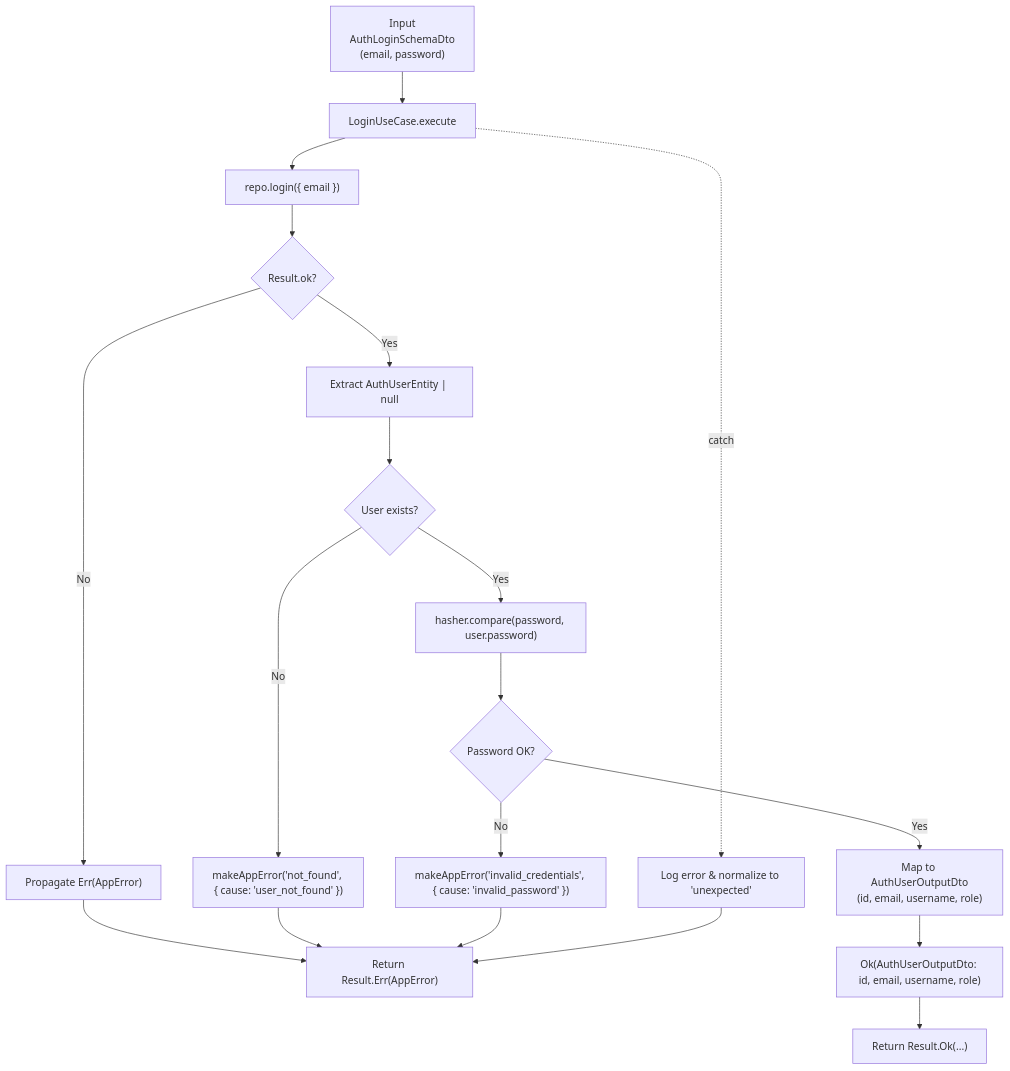
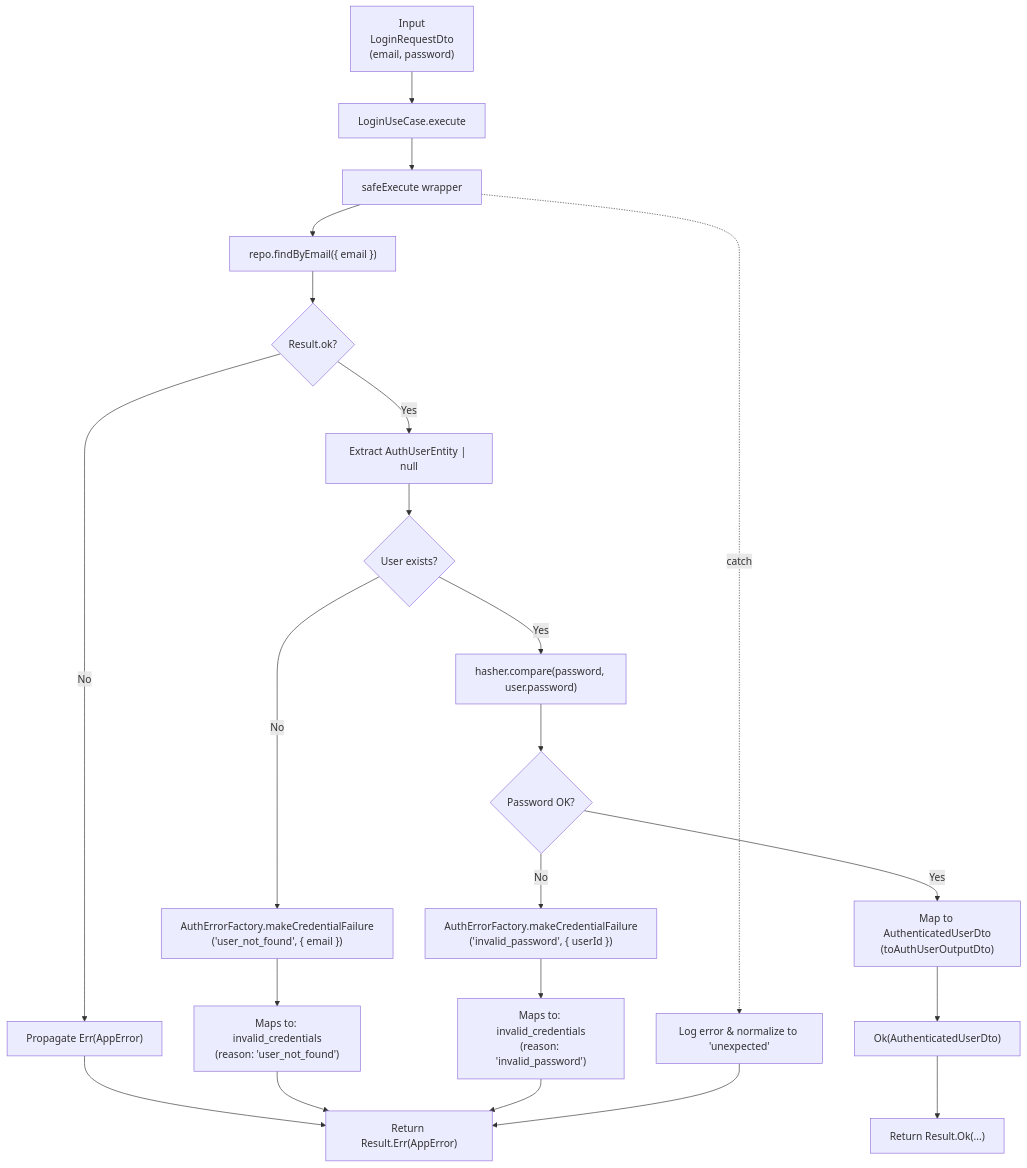
The third of 6 diagrams in src/modules/auth/notes/flowcharts.md (andrewpetersondev/nextjs-dashboard), drawn with Mermaid before and after one commit. The commit also changed other lines of this file and 1 other file, not shown here.

Commit message:
docs: update flowcharts and sequence diagrams for login workflow and session establishment, enhancing clarity and anti-enumeration logic

````diff
--- a/src/modules/auth/notes/flowcharts.md
+++ b/src/modules/auth/notes/flowcharts.md
@@ -95,46 +89,51 @@
 ```mermaid
 flowchart TD
 %% Inputs
-  A["Input<br/>AuthLoginSchemaDto<br/>(email, password)"] --> B[LoginUseCase.execute]
+  A["Input<br/>LoginRequestDto<br/>(email, password)"] --> B[LoginUseCase.execute]
+
+%% Wrapper
+  B --> B1["safeExecute wrapper"]
 
 %% Repository Call
-  B --> C["repo.login({ email })"]
+  B1 --> C["repo.findByEmail({ email })"]
 
 %% Repo Result Decision
   C --> D{Result.ok?}
 
 %% Repo Error Propagation
   D -->|No| E["Propagate Err(AppError)"]
   E --> Z["Return Result.Err(AppError)"]
 
 %% Repo Success path
   D -->|Yes| F["Extract AuthUserEntity | null"]
 
 %% User existence decision
   F --> G{User exists?}
 
-%% Not Found Path
-  G -->|No| H["makeAppError('not_found', { cause: 'user_not_found' })"]
-  H --> Z
+%% Not Found Path - Anti-Enumeration
+  G -->|No| H["AuthErrorFactory.makeCredentialFailure<br/>('user_not_found', { email })"]
+  H --> H1["Maps to: invalid_credentials<br/>(reason: 'user_not_found')"]
+  H1 --> Z
 
 %% Password Verification
   G -->|Yes| I["hasher.compare(password, user.password)"]
 
 %% Password Decision
   I --> J{Password OK?}
 
-%% Invalid Credentials Path
-  J -->|No| K["makeAppError('invalid_credentials', { cause: 'invalid_password' })"]
-  K --> Z
+%% Invalid Credentials Path - Anti-Enumeration
+  J -->|No| K["AuthErrorFactory.makeCredentialFailure<br/>('invalid_password', { userId })"]
+  K --> K1["Maps to: invalid_credentials<br/>(reason: 'invalid_password')"]
+  K1 --> Z
 
 %% Success Path
-  J -->|Yes| L["Map to AuthUserOutputDto<br/>(id, email, username, role)"]
-  L --> M["Ok(AuthUserOutputDto: id, email, username, role)"]
+  J -->|Yes| L["Map to AuthenticatedUserDto<br/>(toAuthUserOutputDto)"]
+  L --> M["Ok(AuthenticatedUserDto)"]
 
 %% Outputs
   M --> Z1["Return Result.Ok(...)"]
 
 %% Catch block
-  B -. catch .-> N["Log error & normalize to 'unexpected'"]
+  B1 -. catch .-> N["Log error & normalize to 'unexpected'"]
   N --> Z
 ```
````
